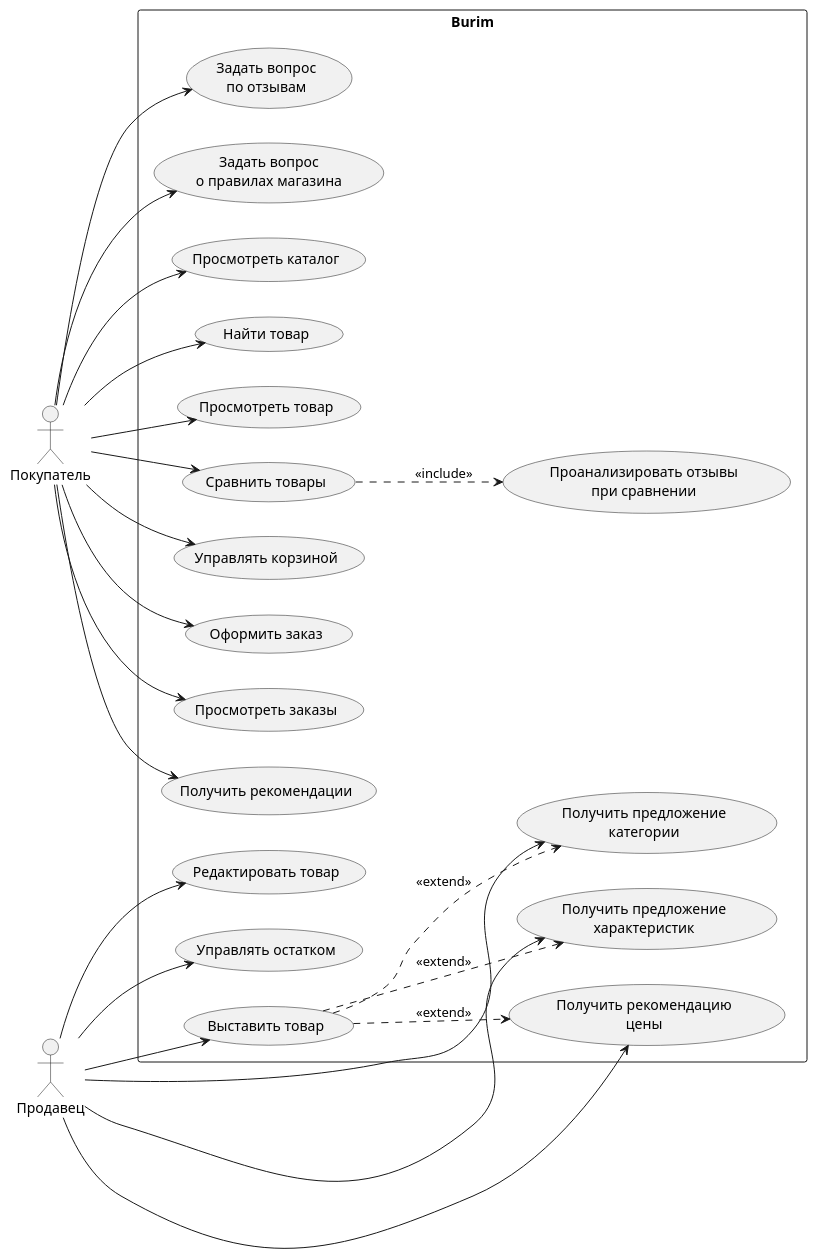
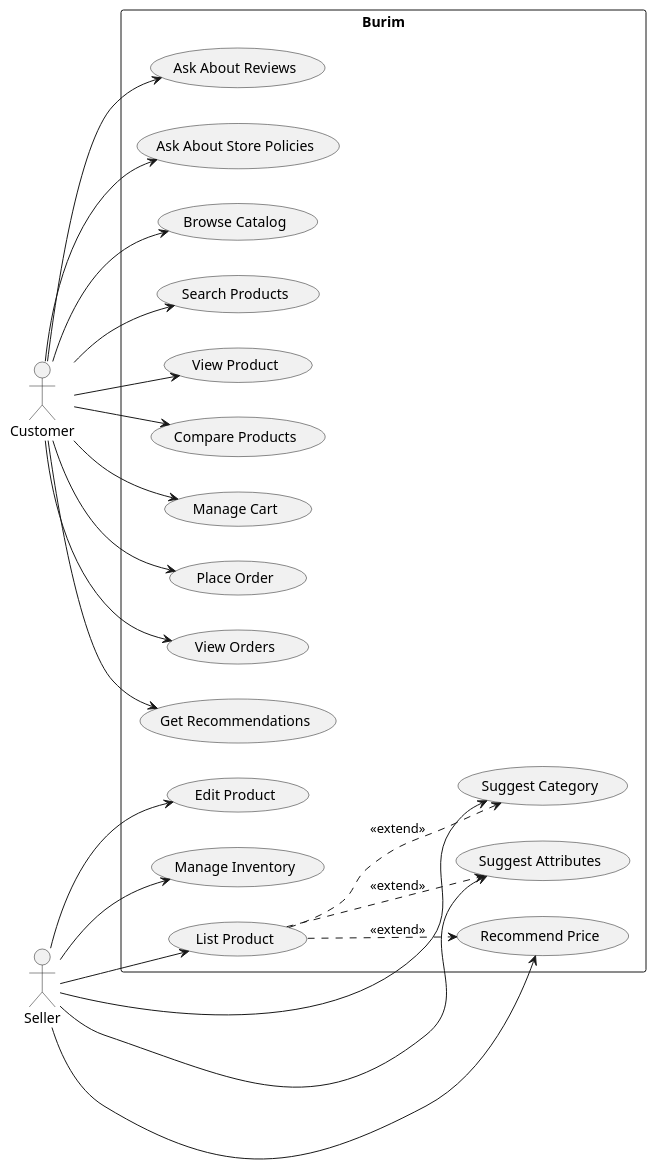
Before and after one commit to godsGived/burim: the diagram in docs/architecture/usecase.puml, drawn with PlantUML. The commit also changed 2 other files, not shown here.

Commit message:
docs: translate use case diagram to English

```diff
--- a/docs/architecture/usecase.puml
+++ b/docs/architecture/usecase.puml
@@ -1,58 +1,54 @@
 @startuml
 left to right direction
 
-actor "Покупатель" as Customer
-actor "Продавец" as Seller
+actor Customer
+actor Seller
 
 rectangle "Burim" {
 
-    usecase "Просмотреть каталог" as BrowseCatalog
-    usecase "Найти товар" as SearchProduct
-    usecase "Просмотреть товар" as ViewProduct
-    usecase "Сравнить товары" as CompareProducts
-    usecase "Управлять корзиной" as ManageCart
-    usecase "Оформить заказ" as PlaceOrder
-    usecase "Просмотреть заказы" as ViewOrders
+    usecase "Browse Catalog" as BrowseCatalog
+    usecase "Search Products" as SearchProducts
+    usecase "View Product" as ViewProduct
+    usecase "Compare Products" as CompareProducts
+    usecase "Manage Cart" as ManageCart
+    usecase "Place Order" as PlaceOrder
+    usecase "View Orders" as ViewOrders
 
-    usecase "Получить рекомендации" as GetRecommendations
-    usecase "Задать вопрос\nпо отзывам" as AskAboutReviews
-    usecase "Задать вопрос\nо правилах магазина" as AskAboutRules
+    usecase "Get Recommendations" as GetRecommendations
+    usecase "Ask About Reviews" as AskAboutReviews
+    usecase "Ask About Store Policies" as AskAboutPolicies
 
-    usecase "Выставить товар" as CreateProduct
-    usecase "Редактировать товар" as EditProduct
-    usecase "Управлять остатком" as ManageInventory
+    usecase "List Product" as ListProduct
+    usecase "Edit Product" as EditProduct
+    usecase "Manage Inventory" as ManageInventory
 
-    usecase "Получить предложение\nкатегории" as SuggestCategory
-    usecase "Получить предложение\nхарактеристик" as SuggestAttributes
-    usecase "Получить рекомендацию\nцены" as SuggestPrice
-
-    usecase "Проанализировать отзывы\nпри сравнении" as CompareReviews
+    usecase "Suggest Category" as SuggestCategory
+    usecase "Suggest Attributes" as SuggestAttributes
+    usecase "Recommend Price" as RecommendPrice
 }
 
 Customer --> BrowseCatalog
-Customer --> SearchProduct
+Customer --> SearchProducts
 Customer --> ViewProduct
 Customer --> CompareProducts
 Customer --> ManageCart
 Customer --> PlaceOrder
 Customer --> ViewOrders
 
 Customer --> GetRecommendations
 Customer --> AskAboutReviews
-Customer --> AskAboutRules
+Customer --> AskAboutPolicies
 
-Seller --> CreateProduct
+Seller --> ListProduct
 Seller --> EditProduct
 Seller --> ManageInventory
 
 Seller --> SuggestCategory
 Seller --> SuggestAttributes
-Seller --> SuggestPrice
+Seller --> RecommendPrice
 
-CompareProducts ..> CompareReviews : <<include>>
-
-CreateProduct ..> SuggestCategory : <<extend>>
-CreateProduct ..> SuggestAttributes : <<extend>>
-CreateProduct ..> SuggestPrice : <<extend>>
+ListProduct ..> SuggestCategory : <<extend>>
+ListProduct ..> SuggestAttributes : <<extend>>
+ListProduct ..> RecommendPrice : <<extend>>
 
 @enduml
```
